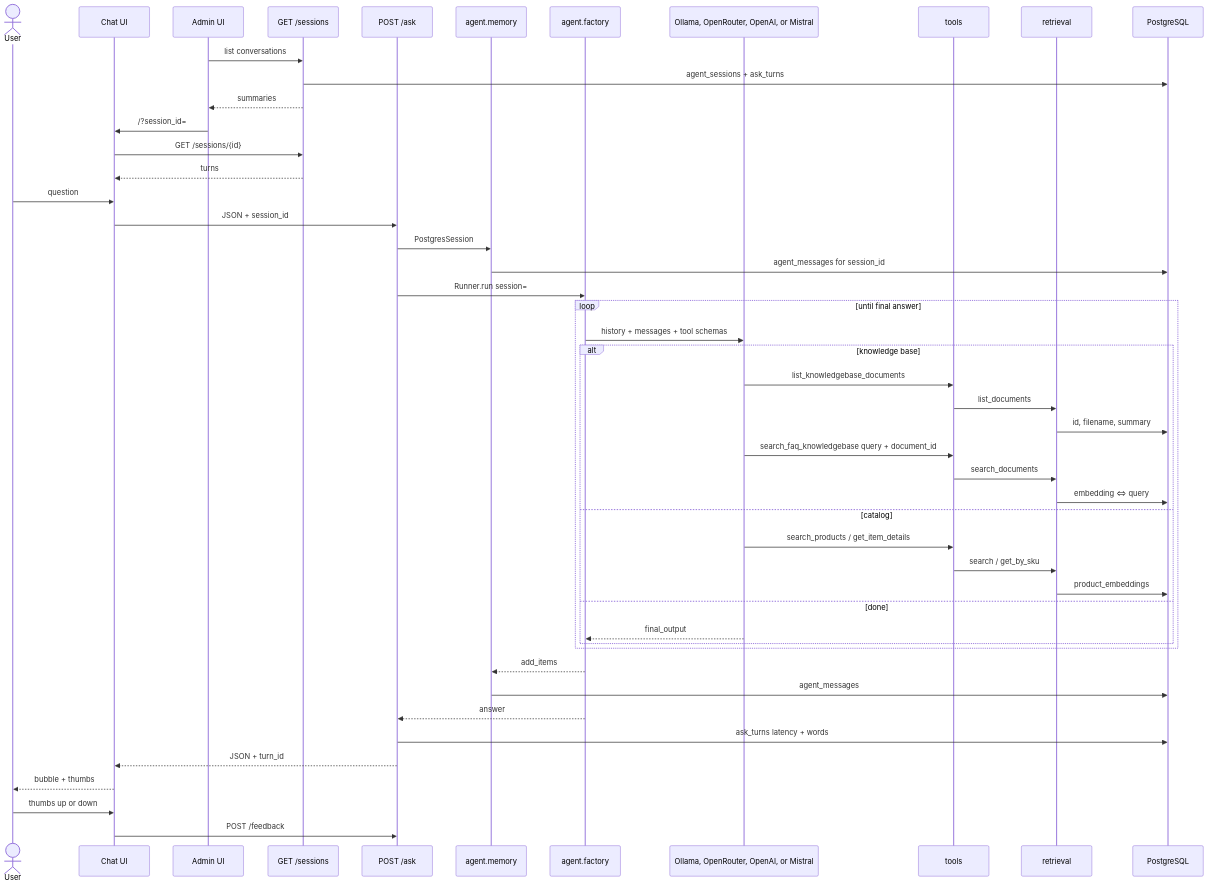
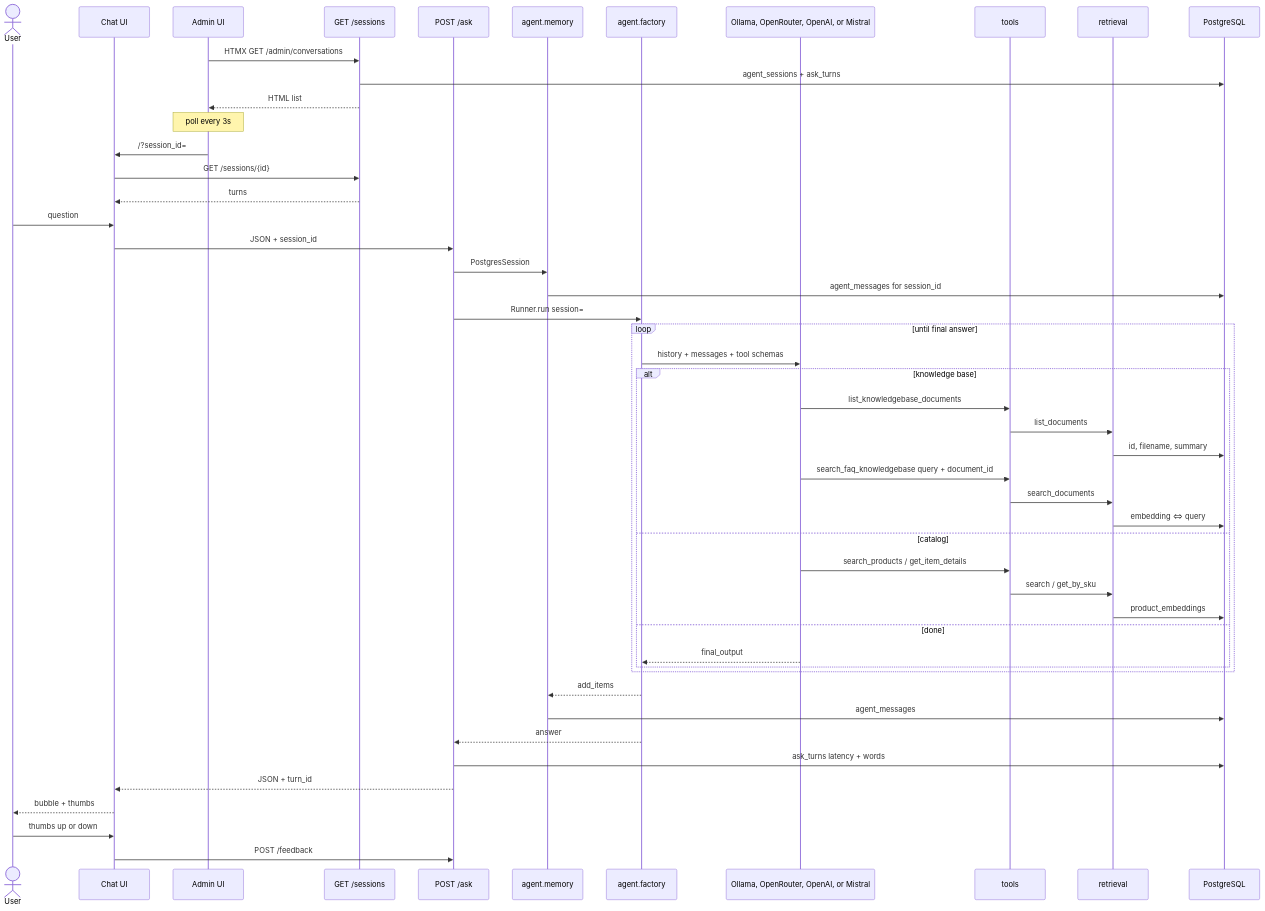
Before and after one commit to JJTorresDS/knowledge-agent: the third of 5 diagrams in architecture.md, drawn with Mermaid. The commit also changed other lines of this file and 9 other files, not shown here.

````diff
--- a/architecture.md
+++ b/architecture.md
@@ -147,53 +149,54 @@
 ```mermaid
 sequenceDiagram
     actor User
     participant UI as Chat UI
     participant Admin as Admin UI
     participant Sessions as GET /sessions
     participant Ask as POST /ask
     participant Memory as agent.memory
     participant Agent as agent.factory
     participant LLM as Ollama, OpenRouter, OpenAI, or Mistral
     participant Tools as tools
     participant Retrieval as retrieval
     participant DB as PostgreSQL
 
-    Admin->>Sessions: list conversations
+    Admin->>Sessions: HTMX GET /admin/conversations
     Sessions->>DB: agent_sessions + ask_turns
-    Sessions-->>Admin: summaries
+    Sessions-->>Admin: HTML list
+    Note over Admin: poll every 3s
     Admin->>UI: /?session_id=
     UI->>Sessions: GET /sessions/{id}
     Sessions-->>UI: turns
     User->>UI: question
     UI->>Ask: JSON + session_id
     Ask->>Memory: PostgresSession
     Memory->>DB: agent_messages for session_id
     Ask->>Agent: Runner.run session=
 
     loop until final answer
         Agent->>LLM: history + messages + tool schemas
         alt knowledge base
             LLM->>Tools: list_knowledgebase_documents
             Tools->>Retrieval: list_documents
             Retrieval->>DB: id, filename, summary
             LLM->>Tools: search_faq_knowledgebase query + document_id
             Tools->>Retrieval: search_documents
             Retrieval->>DB: embedding <=> query
         else catalog
             LLM->>Tools: search_products / get_item_details
             Tools->>Retrieval: search / get_by_sku
             Retrieval->>DB: product_embeddings
         else done
             LLM-->>Agent: final_output
         end
     end
 
     Agent-->>Memory: add_items
     Memory->>DB: agent_messages
     Agent-->>Ask: answer
     Ask->>DB: ask_turns latency + words
     Ask-->>UI: JSON + turn_id
     UI-->>User: bubble + thumbs
     User->>UI: thumbs up or down
     UI->>Ask: POST /feedback
 ```
````
